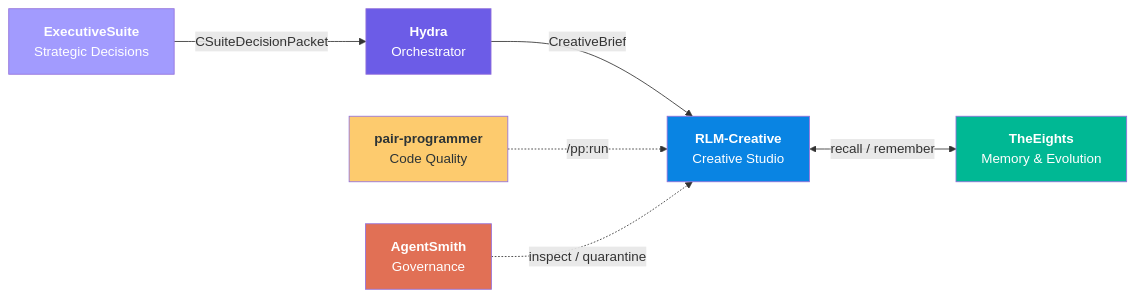
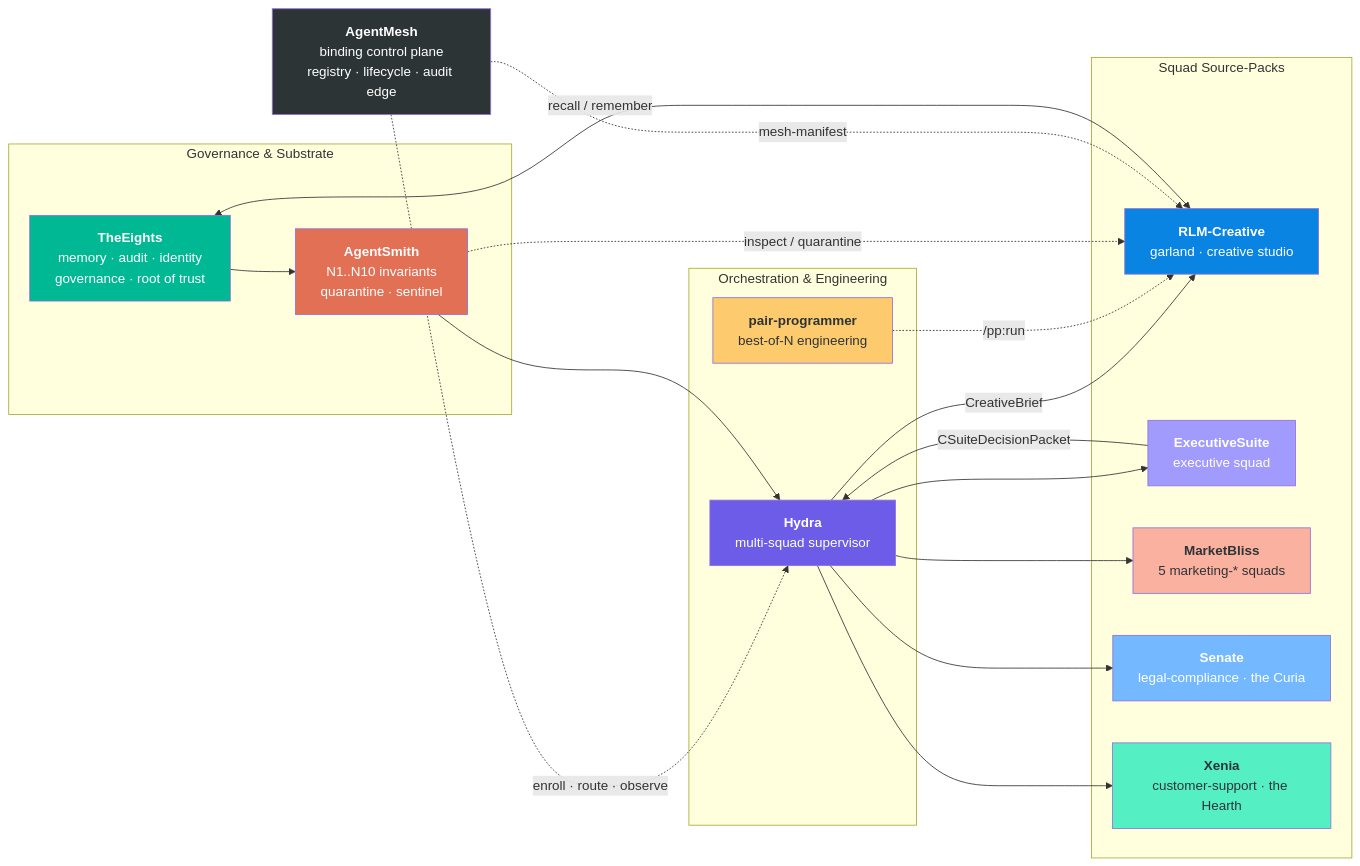
One commit to lebobo88/RLM-Creative changed the third of 3 diagrams in README.md. Above: the diagram before and after it, drawn with Mermaid. The commit also changed other lines of this file, not shown here.

Commit message:
docs: expand ecosystem to all nine siblings + AgentMesh binding layer
Ecosystem Integration now represents the full mesh: the flowchart LR diagram
places RLM-Creative as focal node alongside TheEights, AgentSmith, Hydra,
pair-programmer, ExecutiveSuite, MarketBliss, Senate, Xenia, and the AgentMesh
control plane. Added per-system subsections for MarketBliss (5 marketing-*
squads), Senate (active legal Curia), Xenia (active support Hearth), and
AgentMesh (mesh-manifest.yaml enrollment, fail-closed validation). Related
Projects table reordered into canonical mesh order with all nine + AgentMesh.
Counts (13 agents / 11 skills / 3 commands) verified against source, unchanged.

````diff
--- a/README.md
+++ b/README.md
@@ -246,22 +248,46 @@
 ```mermaid
 flowchart LR
-    ES["<b>ExecutiveSuite</b><br/>Strategic Decisions"]
-    HY["<b>Hydra</b><br/>Orchestrator"]
-    RC["<b>RLM-Creative</b><br/>Creative Studio"]
-    TE["<b>TheEights</b><br/>Memory & Evolution"]
-    PP["<b>pair-programmer</b><br/>Code Quality"]
-    AS["<b>AgentSmith</b><br/>Governance"]
+    subgraph SUBSTRATE["Governance & Substrate"]
+        TE["<b>TheEights</b><br/>memory · audit · identity<br/>governance · root of trust"]
+        AS["<b>AgentSmith</b><br/>N1..N10 invariants<br/>quarantine · sentinel"]
+    end
+
+    subgraph ORCH["Orchestration & Engineering"]
+        HY["<b>Hydra</b><br/>multi-squad supervisor"]
+        PP["<b>pair-programmer</b><br/>best-of-N engineering"]
+    end
+
+    subgraph SQUADS["Squad Source-Packs"]
+        RC["<b>RLM-Creative</b><br/>garland · creative studio"]
+        ES["<b>ExecutiveSuite</b><br/>executive squad"]
+        MB["<b>MarketBliss</b><br/>5 marketing-* squads"]
+        SEN["<b>Senate</b><br/>legal-compliance · the Curia"]
+        XEN["<b>Xenia</b><br/>customer-support · the Hearth"]
+    end
+
+    AM["<b>AgentMesh</b><br/>binding control plane<br/>registry · lifecycle · audit edge"]
 
     ES -->|CSuiteDecisionPacket| HY
     HY -->|CreativeBrief| RC
     RC <-->|"recall / remember"| TE
     PP -.->|"/pp:run"| RC
     AS -.->|"inspect / quarantine"| RC
+    HY --> MB
+    HY --> SEN
+    HY --> XEN
+    HY --> ES
+    AM -.->|"enroll · route · observe"| HY
+    AM -.->|mesh-manifest| RC
+    TE --> AS --> HY
 
     style ES fill:#a29bfe,color:#fff
     style HY fill:#6c5ce7,color:#fff
     style RC fill:#0984e3,color:#fff
     style TE fill:#00b894,color:#fff
     style PP fill:#fdcb6e,color:#2d3436
     style AS fill:#e17055,color:#fff
+    style MB fill:#fab1a0,color:#2d3436
+    style SEN fill:#74b9ff,color:#fff
+    style XEN fill:#55efc4,color:#2d3436
+    style AM fill:#2d3436,color:#fff
 ```
````
